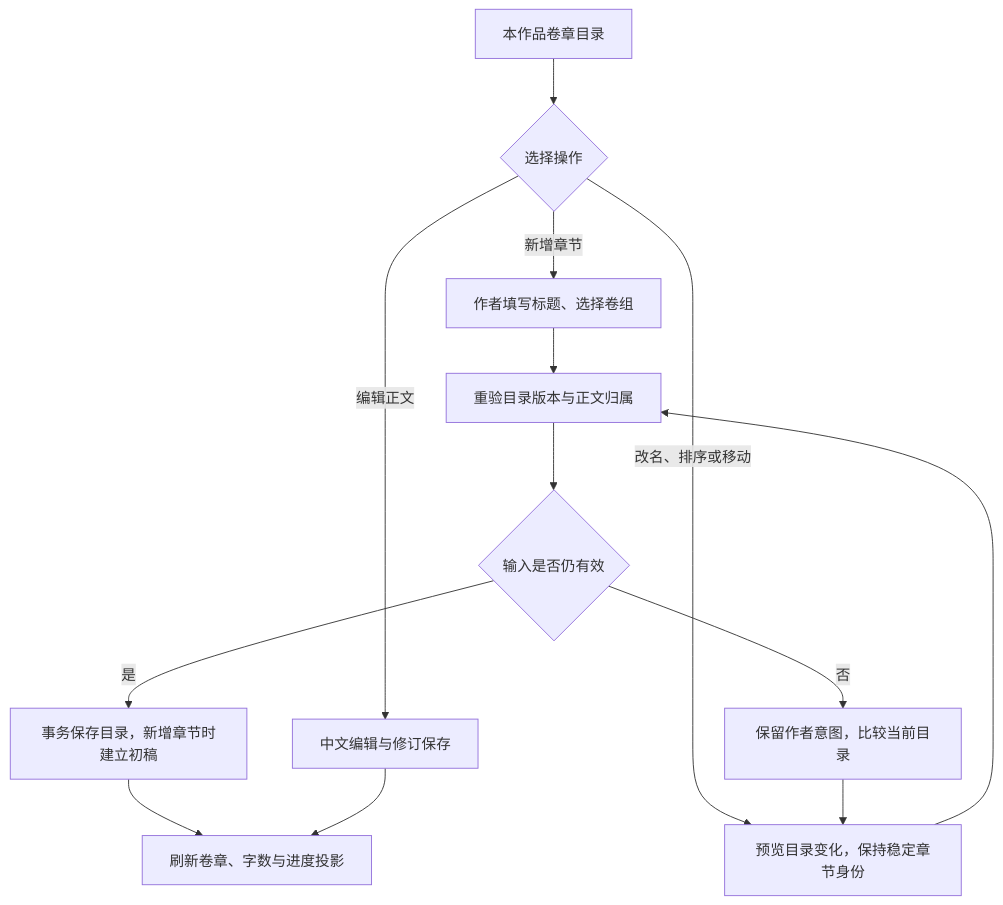
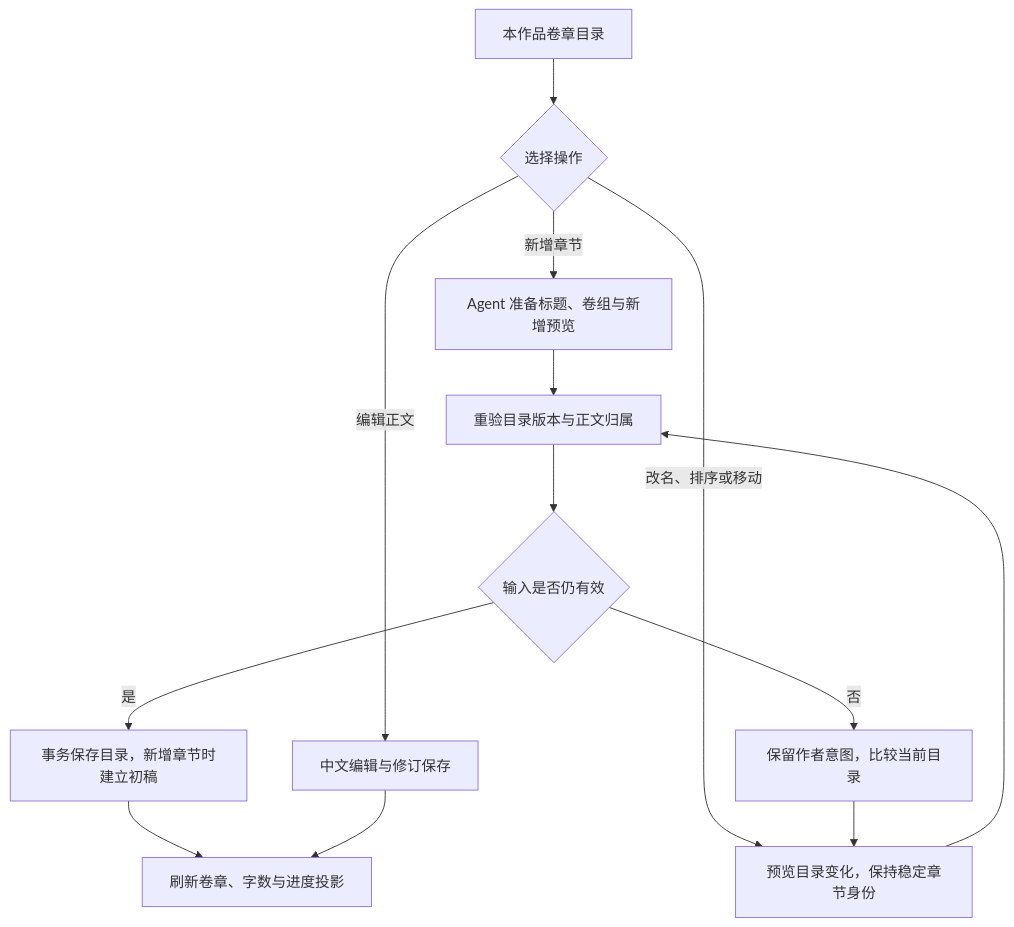
Before and after one commit to limecloud/hetu: diagram 17 of 48 in docs/23-业务流程与MCP时序.md, drawn with Mermaid. The commit also changed other lines of this file and 993 other files, not shown here.

````diff
--- a/docs/23-业务流程与MCP时序.md
+++ b/docs/23-业务流程与MCP时序.md
@@ -442,16 +466,16 @@
 ```mermaid
 flowchart TD
     tree["本作品卷章目录"] --> action{"选择操作"}
-    action -->|"新增章节"| new["作者填写标题、选择卷组"]
+    action -->|"新增章节"| new["Agent 准备标题、卷组与新增预览"]
     new --> cas
     action -->|"改名、排序或移动"| preview["预览目录变化，保持稳定章节身份"]
     preview --> cas["重验目录版本与正文归属"]
     cas --> result{"输入是否仍有效"}
     save["事务保存目录，新增章节时建立初稿"]
     result -->|"是"| save
     result -->|"否"| reload["保留作者意图，比较当前目录"]
     reload --> preview
     action -->|"编辑正文"| edit["中文编辑与修订保存"]
     save --> view["刷新卷章、字数与进度投影"]
     edit --> view
 ```
````
